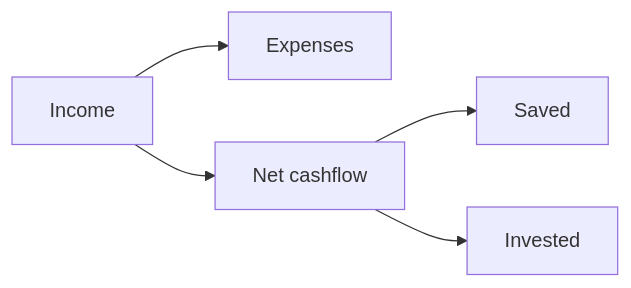
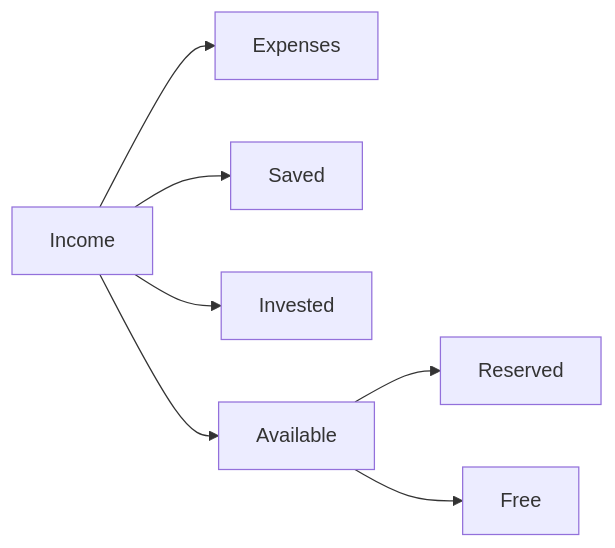
One commit to whisper-money/whisper-money changed the diagram in resources/docs/documentation/40-analysis/10-cashflow-en.md. Above: the diagram before and after it, drawn with Mermaid. The commit also changed other lines of this file and 3 other files, not shown here.

First line of the commit message:
docs(cashflow): document Available, Free, reserved and the expense split (#1153)

````diff
--- a/resources/docs/documentation/40-analysis/10-cashflow-en.md
+++ b/resources/docs/documentation/40-analysis/10-cashflow-en.md
@@ -17,8 +17,10 @@
 ```mermaid
 flowchart LR
     %% diagram: cashflow-sankey-en
     income[Income] --> expenses[Expenses]
-    income --> net[Net cashflow]
-    net --> saved[Saved]
-    net --> invested[Invested]
+    income --> saved[Saved]
+    income --> invested[Invested]
+    income --> available[Available]
+    available --> reserved[Reserved]
+    available --> free[Free]
 ```
````
